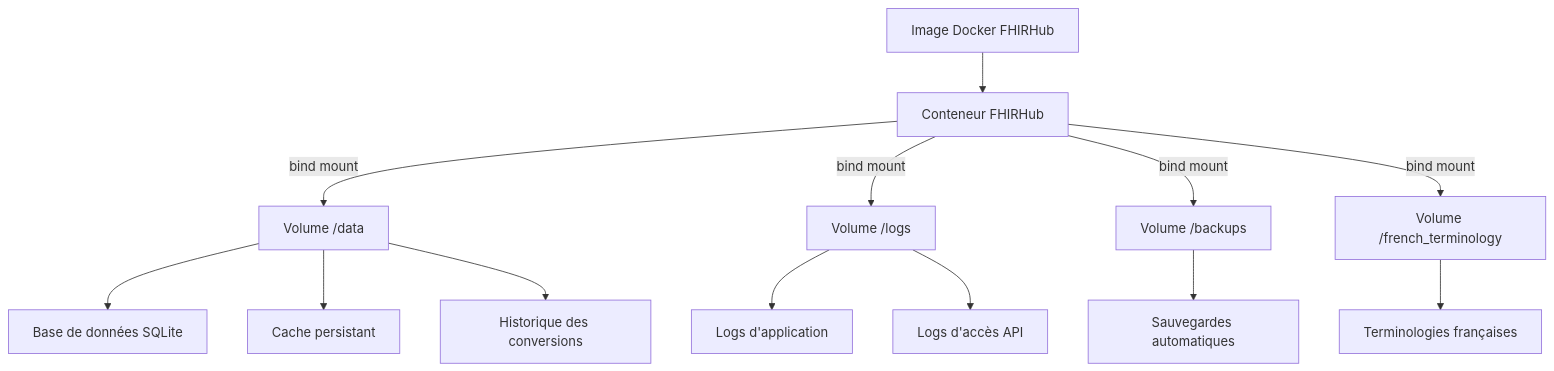
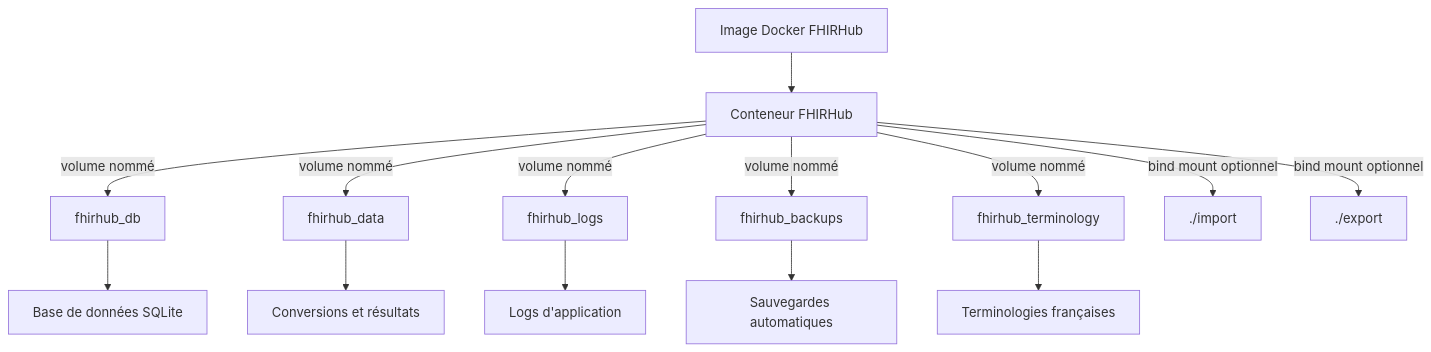
One commit to svoer/FhirConverter changed the diagram in docs/docker_deployment.md. Above: the diagram before and after it, drawn with Mermaid. The commit also changed other lines of this file and 3 other files, not shown here.

````diff
--- a/docs/docker_deployment.md
+++ b/docs/docker_deployment.md
@@ -11,15 +11,16 @@
 ```mermaid
 graph TD
     A[Image Docker FHIRHub] --> B[Conteneur FHIRHub]
-    B --> |bind mount| C[Volume /data]
-    B --> |bind mount| D[Volume /logs]
-    B --> |bind mount| E[Volume /backups]
-    B --> |bind mount| F[Volume /french_terminology]
-    C --> G[Base de données SQLite]
-    C --> H[Cache persistant]
-    C --> I[Historique des conversions]
-    D --> J[Logs d'application]
-    D --> K[Logs d'accès API]
-    E --> L[Sauvegardes automatiques]
-    F --> M[Terminologies françaises]
+    B --> |volume nommé| C[fhirhub_db]
+    B --> |volume nommé| D[fhirhub_data]
+    B --> |volume nommé| E[fhirhub_logs]
+    B --> |volume nommé| F[fhirhub_backups]
+    B --> |volume nommé| G[fhirhub_terminology]
+    B --> |bind mount optionnel| H[./import]
+    B --> |bind mount optionnel| I[./export]
+    C --> J[Base de données SQLite]
+    D --> K[Conversions et résultats]
+    E --> L[Logs d'application]
+    F --> M[Sauvegardes automatiques]
+    G --> N[Terminologies françaises]
 ```
````
